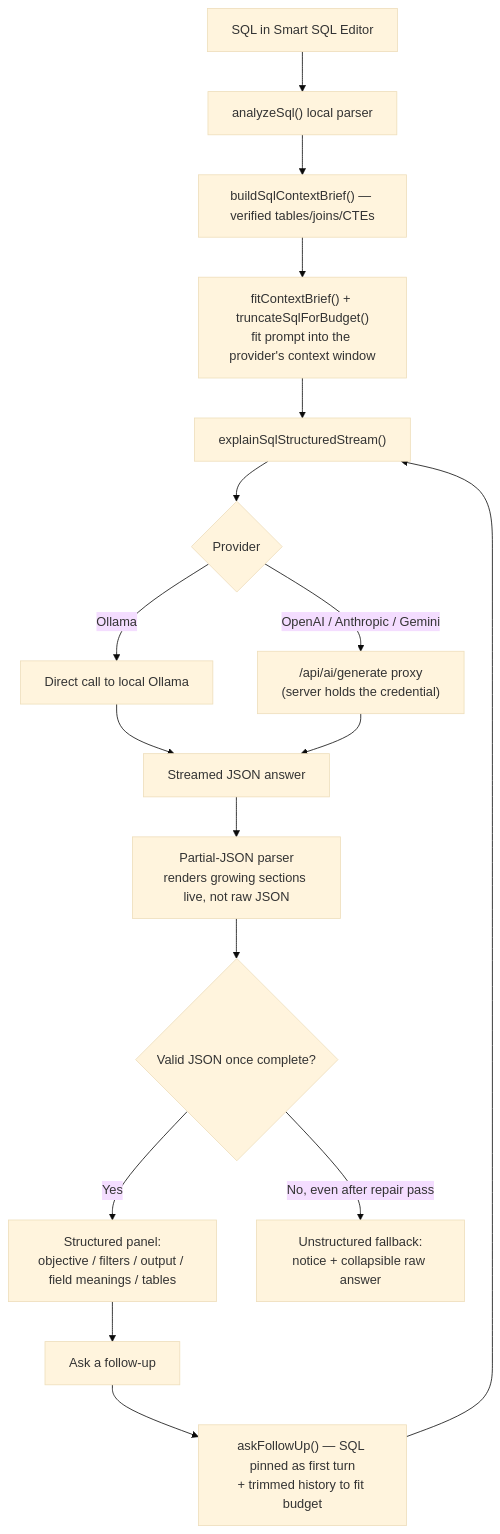
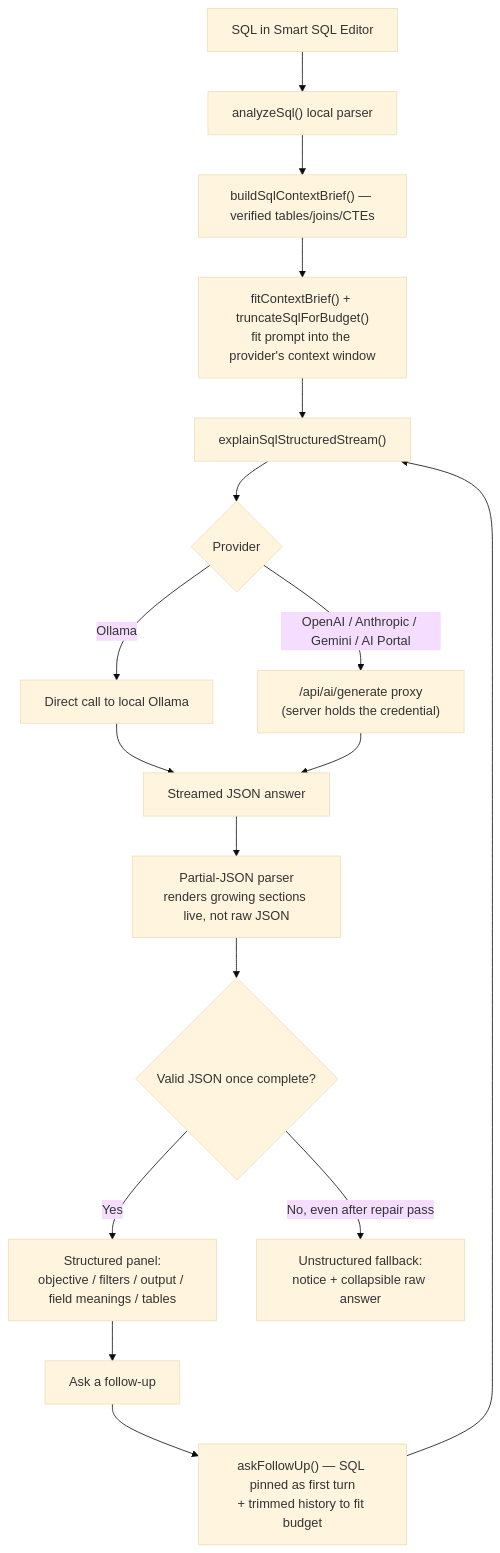
The first of 7 diagrams in README.md (oscar20041998/sql-visualizer), drawn with Mermaid (base theme) before and after one commit. The commit also changed other lines of this file and 67 other files, not shown here.

````diff
--- a/README.md
+++ b/README.md
@@ -61,19 +63,19 @@
 ```mermaid
 flowchart TD
     A[SQL in Smart SQL Editor] --> B["analyzeSql() local parser"]
     B --> C["buildSqlContextBrief() — verified tables/joins/CTEs"]
     C --> D["fitContextBrief() + truncateSqlForBudget()<br/>fit prompt into the provider's context window"]
     D --> E["explainSqlStructuredStream()"]
     E --> F{Provider}
     F -->|Ollama| G["Direct call to local Ollama"]
-    F -->|OpenAI / Anthropic / Gemini| H["/api/ai/generate proxy<br/>(server holds the credential)"]
+    F -->|OpenAI / Anthropic / Gemini / AI Portal| H["/api/ai/generate proxy<br/>(server holds the credential)"]
     G --> I["Streamed JSON answer"]
     H --> I
     I --> J["Partial-JSON parser<br/>renders growing sections live, not raw JSON"]
     J --> K{"Valid JSON once complete?"}
     K -->|Yes| L["Structured panel:<br/>objective / filters / output / field meanings / tables"]
     K -->|No, even after repair pass| M["Unstructured fallback:<br/>notice + collapsible raw answer"]
     L --> N["Ask a follow-up"]
     N --> O["askFollowUp() — SQL pinned as first turn<br/>+ trimmed history to fit budget"]
     O --> E
 ```
````
